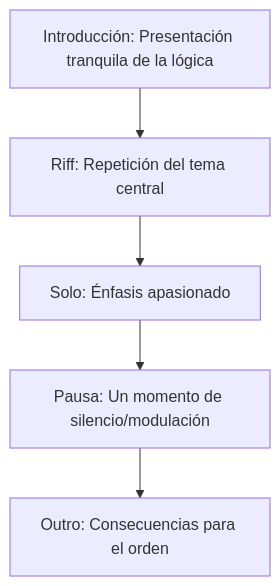
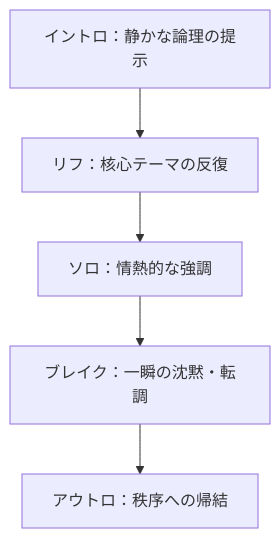
One commit to monumental-movement/monumental-movement.github.io changed the first of 3 diagrams in es/_posts/2025-10-25-column-takaichi-metal.md. Above: the diagram before and after it, drawn with Mermaid. The commit also changed other lines of this file and 299 other files, not shown here.

```diff
--- a/es/_posts/2025-10-25-column-takaichi-metal.md
+++ b/es/_posts/2025-10-25-column-takaichi-metal.md
@@ -105,12 +105,12 @@
 <div class="mermaid">
 
 flowchart TD
-    A["Introducción: Presentación tranquila de la lógica"]
-    B["Riff: Repetición del tema central"]
-    C["Solo: Énfasis apasionado"]
-    D["Pausa: Un momento de silencio/modulación"]
-    E["Outro: Consecuencias para el orden"]
+    A["イントロ：静かな論理の提示"]
+    B["リフ：核心テーマの反復"]
+    C["ソロ：情熱的な強調"]
+    D["ブレイク：一瞬の沈黙・転調"]
+    E["アウトロ：秩序への帰結"]
 
     A --> B --> C --> D --> E
 
 </div>
```
